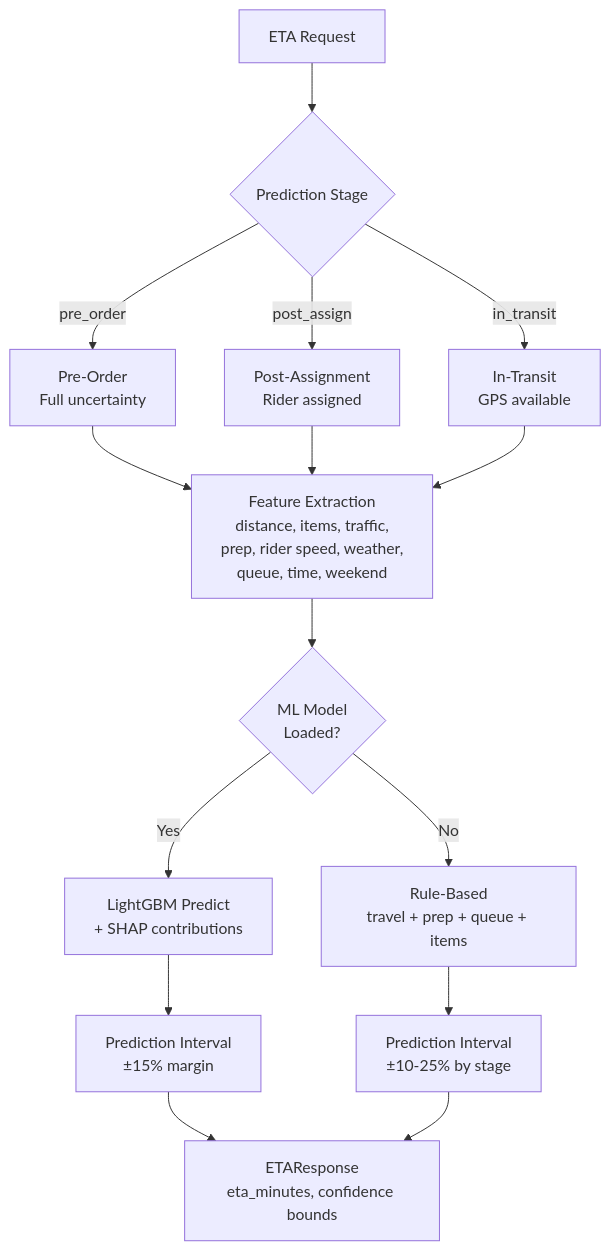
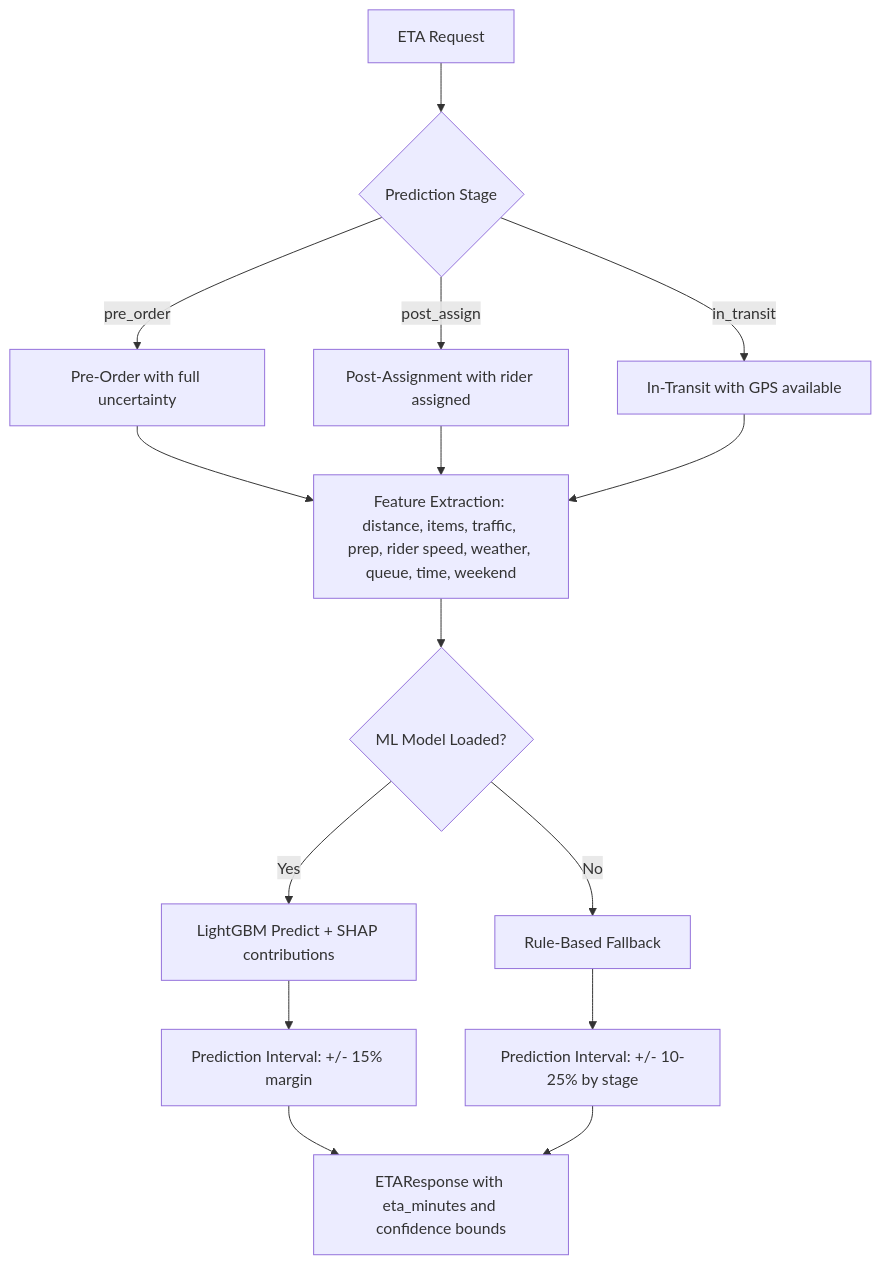
One commit to sunitakeazycommerz-a11y/InstaCommerce changed the sixth of 8 diagrams in services/ai-inference-service/README.md. Above: the diagram before and after it, drawn with Mermaid. The commit also changed other lines of this file, not shown here.

````diff
--- a/services/ai-inference-service/README.md
+++ b/services/ai-inference-service/README.md
@@ -185,21 +385,21 @@
 ```mermaid
-graph TD
+flowchart TD
     REQ[ETA Request] --> STAGE{Prediction Stage}
-    STAGE -->|pre_order| PRE[Pre-Order<br/>Full uncertainty]
-    STAGE -->|post_assign| POST[Post-Assignment<br/>Rider assigned]
-    STAGE -->|in_transit| TRANSIT[In-Transit<br/>GPS available]
+    STAGE -->|pre_order| PRE[Pre-Order with full uncertainty]
+    STAGE -->|post_assign| POST[Post-Assignment with rider assigned]
+    STAGE -->|in_transit| TRANSIT[In-Transit with GPS available]
 
-    PRE --> FEAT[Feature Extraction<br/>distance, items, traffic,<br/>prep, rider speed, weather,<br/>queue, time, weekend]
+    PRE --> FEAT[Feature Extraction: distance, items, traffic, prep, rider speed, weather, queue, time, weekend]
     POST --> FEAT
     TRANSIT --> FEAT
 
-    FEAT --> ML{ML Model<br/>Loaded?}
-    ML -->|Yes| LGB[LightGBM Predict<br/>+ SHAP contributions]
-    ML -->|No| RULE[Rule-Based<br/>travel + prep + queue + items]
+    FEAT --> ML{ML Model Loaded?}
+    ML -->|Yes| LGB[LightGBM Predict + SHAP contributions]
+    ML -->|No| RULE[Rule-Based Fallback]
 
-    LGB --> INTERVAL[Prediction Interval<br/>±15% margin]
-    RULE --> INTERVAL2[Prediction Interval<br/>±10-25% by stage]
+    LGB --> INTERVAL["Prediction Interval: +/- 15% margin"]
+    RULE --> INTERVAL2["Prediction Interval: +/- 10-25% by stage"]
 
-    INTERVAL --> RESP[ETAResponse<br/>eta_minutes, confidence bounds]
+    INTERVAL --> RESP[ETAResponse with eta_minutes and confidence bounds]
     INTERVAL2 --> RESP
 ```
````
